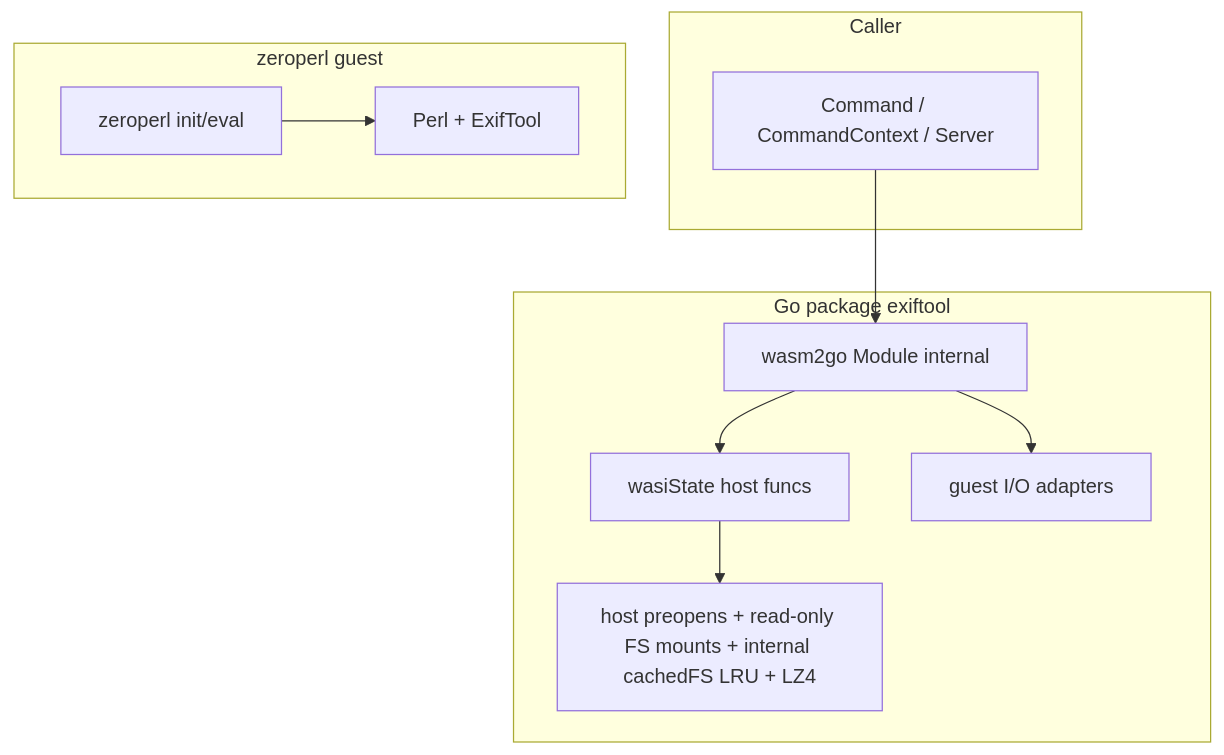
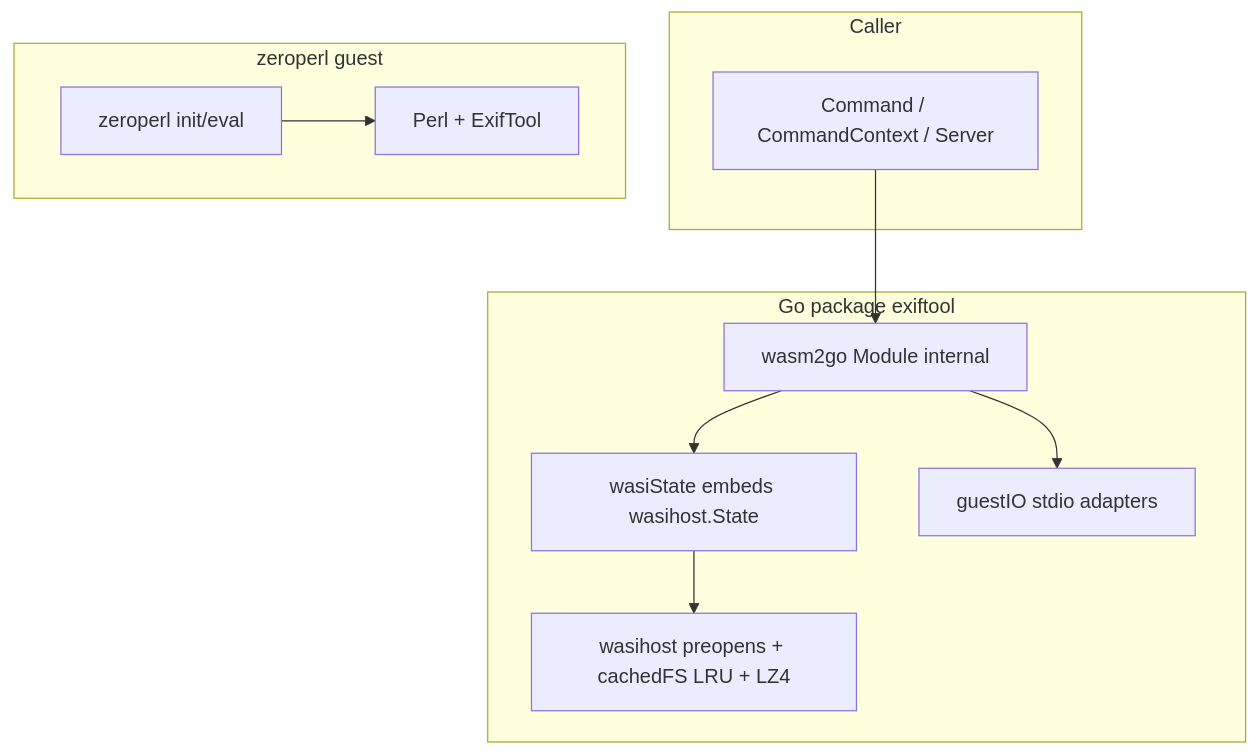
Before and after one commit to lbe/go-exiftool-wasm: the diagram in ARCHITECTURE.md, drawn with Mermaid. The commit also changed other lines of this file and 39 other files, not shown here.

````diff
--- a/ARCHITECTURE.md
+++ b/ARCHITECTURE.md
@@ -19,22 +19,22 @@
 ```mermaid
 flowchart TB
   subgraph app [Caller]
     API[Command / CommandContext / Server]
   end
   subgraph host [Go package exiftool]
     MOD[wasm2go Module internal]
-    WASI[wasiState host funcs]
-    IO[guest I/O adapters]
-    FS[host preopens + read-only FS mounts + internal cachedFS LRU + LZ4]
+    WASI[wasiState embeds wasihost.State]
+    IO[guestIO stdio adapters]
+    FS[wasihost preopens + cachedFS LRU + LZ4]
   end
   subgraph guest [zeroperl guest]
     ZP[zeroperl init/eval]
     PL[Perl + ExifTool]
   end
 
   API --> MOD
   MOD --> WASI
   MOD --> IO
   WASI --> FS
   ZP --> PL
 ```
````
